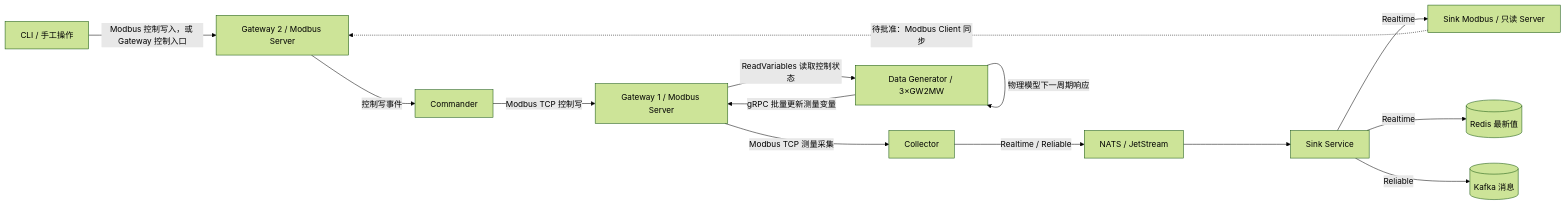
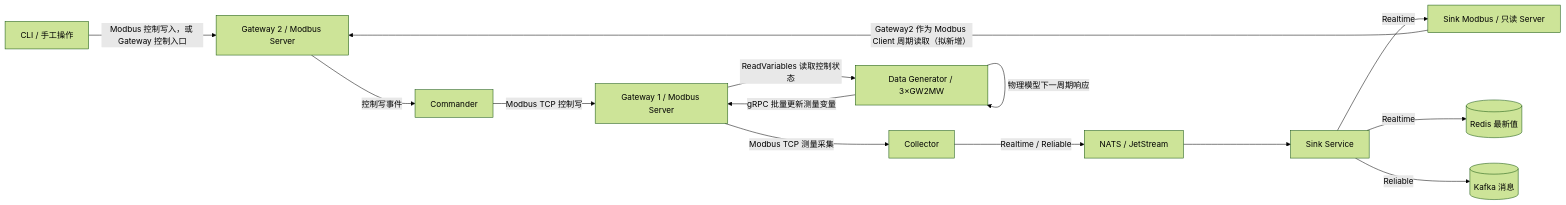
One commit to luoshaozhuo/wind-hub changed the first of 3 diagrams in docs/design/wind-hub_跨模块测试设计_v0_2.md. Above: the diagram before and after it, drawn with Mermaid (forest theme). The commit also changed other lines of this file, not shown here.

Commit message:
docs(test): specify Gateway2 PLC-upstream polling of read-only Sink Modbus output

````diff
--- a/docs/design/wind-hub_跨模块测试设计_v0_2.md
+++ b/docs/design/wind-hub_跨模块测试设计_v0_2.md
@@ -307,17 +307,17 @@
 ```mermaid
 %%{init: {"flowchart": {"useMaxWidth": true}}}%%
 flowchart LR
     CLI["CLI / 手工操作"] -->|"Modbus 控制写入，或 Gateway 控制入口"| G2["Gateway 2 / Modbus Server"]
     DG["Data Generator / 3×GW2MW"] -->|"gRPC 批量更新测量变量"| G1["Gateway 1 / Modbus Server"]
     G1 -->|"Modbus TCP 测量采集"| COL["Collector"]
     COL -->|"Realtime / Reliable"| N["NATS / JetStream"]
     N --> SINK["Sink Service"]
     SINK -->|"Realtime"| SM["Sink Modbus / 只读 Server"]
     SINK -->|"Realtime"| REDIS[("Redis 最新值")]
     SINK -->|"Reliable"| KAFKA[("Kafka 消息")]
-    SM -.->|"待批准：Modbus Client 同步"| G2
+    SM -->|"Gateway2 作为 Modbus Client 周期读取（拟新增）"| G2
     G2 -->|"控制写事件"| CMD["Commander"]
     CMD -->|"Modbus TCP 控制写"| G1
     G1 -->|"ReadVariables 读取控制状态"| DG
     DG -->|"物理模型下一周期响应"| DG
 ```
````
